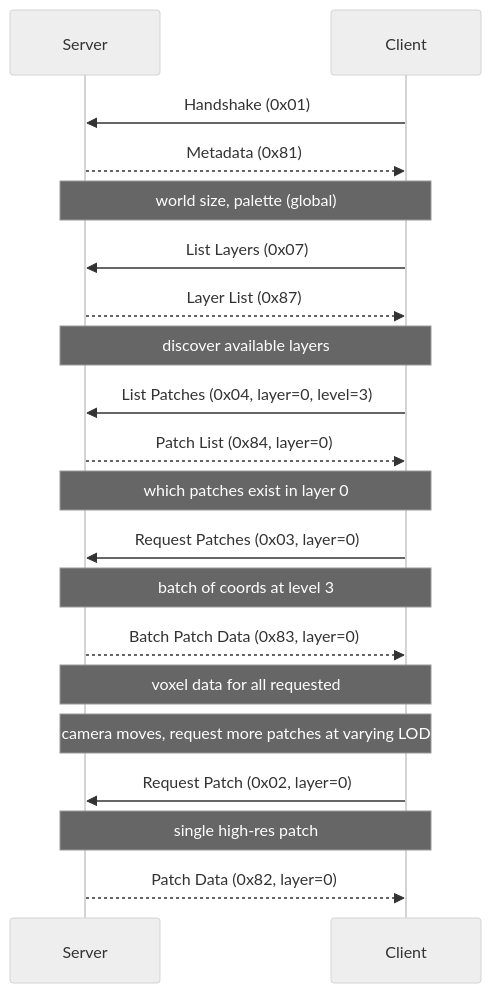
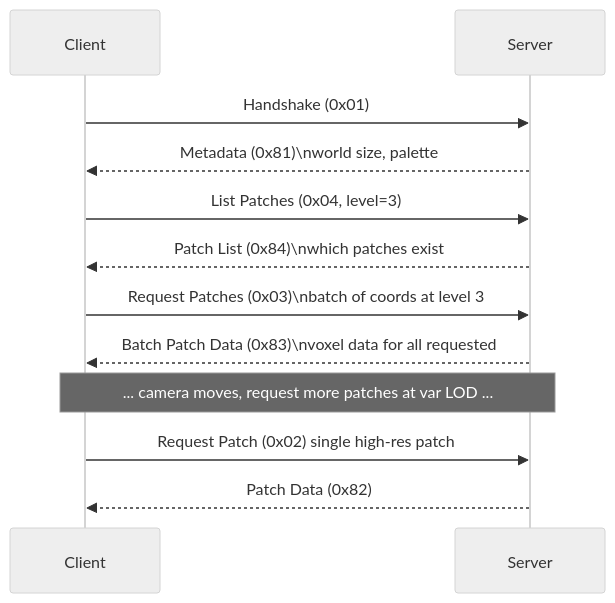
One commit to mlaass/selvox changed the first of 2 diagrams in docs/Protocol_Voxel_WebSocket.md. Above: the diagram before and after it, drawn with Mermaid (neutral theme). The commit also changed other lines of this file, not shown here.

````diff
--- a/docs/Protocol_Voxel_WebSocket.md
+++ b/docs/Protocol_Voxel_WebSocket.md
@@ -74,28 +74,19 @@
 ```mermaid
 sequenceDiagram
+  participant Client
   participant Server
-  participant Client
 
   Client->>Server: Handshake (0x01)
-  Server-->>Client: Metadata (0x81)
-  Note over Client,Server: world size, palette (global)
+  Server-->>Client: Metadata (0x81)\nworld size, palette
 
-  Client->>Server: List Layers (0x07)
-  Server-->>Client: Layer List (0x87)
-  Note over Client,Server: discover available layers
+  Client->>Server: List Patches (0x04, level=3)
+  Server-->>Client: Patch List (0x84)\nwhich patches exist
 
-  Client->>Server: List Patches (0x04, layer=0, level=3)
-  Server-->>Client: Patch List (0x84, layer=0)
-  Note over Client,Server: which patches exist in layer 0
+  Client->>Server: Request Patches (0x03)\nbatch of coords at level 3
+  Server-->>Client: Batch Patch Data (0x83)\nvoxel data for all requested
 
-  Client->>Server: Request Patches (0x03, layer=0)
-  Note over Client,Server: batch of coords at level 3
-  Server-->>Client: Batch Patch Data (0x83, layer=0)
-  Note over Client,Server: voxel data for all requested
+  Note over Client,Server: ... camera moves, request more patches at var LOD ...
 
-  Note over Client,Server: ... camera moves, request more patches at varying LOD ...
-
-  Client->>Server: Request Patch (0x02, layer=0)
-  Note over Client,Server: single high-res patch
-  Server-->>Client: Patch Data (0x82, layer=0)
+  Client->>Server: Request Patch (0x02) single high-res patch
+  Server-->>Client: Patch Data (0x82)
 ```
````
